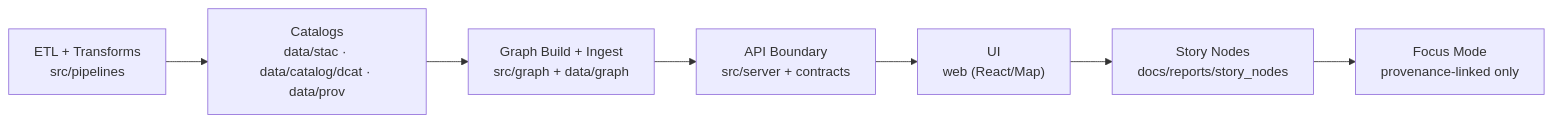
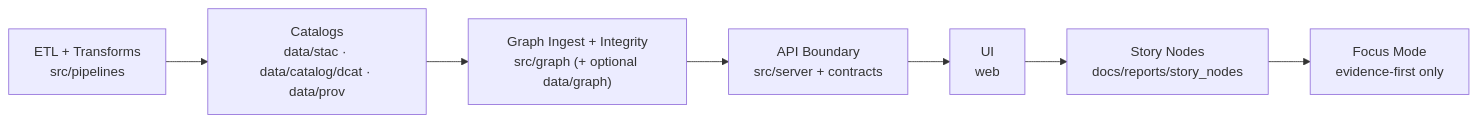
Before and after one commit to bartytime4life/Kansas-Frontier-Matrix: the first of 2 diagrams in src/README.md, drawn with Mermaid. The commit also changed other lines of this file, not shown here.

First line of the commit message:
Revise README for src directory version and clarity

```diff
--- a/src/README.md
+++ b/src/README.md
@@ -203,9 +249,9 @@
 ~~~mermaid
 flowchart LR
   A["ETL + Transforms<br/>src/pipelines"] --> B["Catalogs<br/>data/stac · data/catalog/dcat · data/prov"]
-  B --> C["Graph Build + Ingest<br/>src/graph + data/graph"]
+  B --> C["Graph Ingest + Integrity<br/>src/graph (+ optional data/graph)"]
   C --> D["API Boundary<br/>src/server + contracts"]
-  D --> E["UI<br/>web (React/Map)"]
+  D --> E["UI<br/>web"]
   E --> F["Story Nodes<br/>docs/reports/story_nodes"]
-  F --> G["Focus Mode<br/>provenance-linked only"]
+  F --> G["Focus Mode<br/>evidence-first only"]
 ~~~
```
